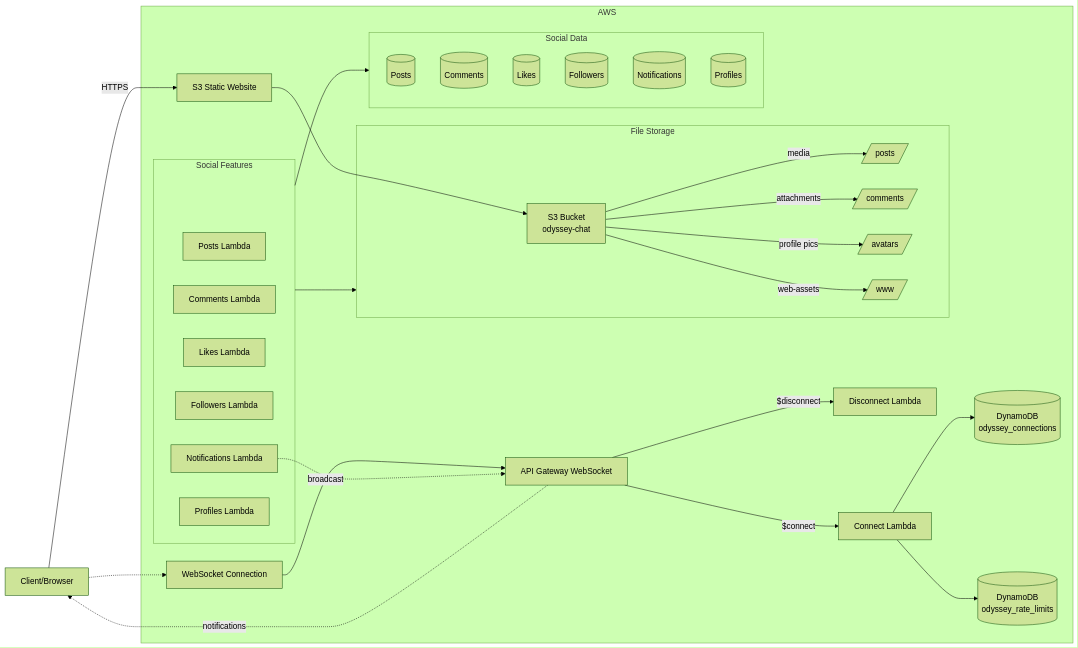
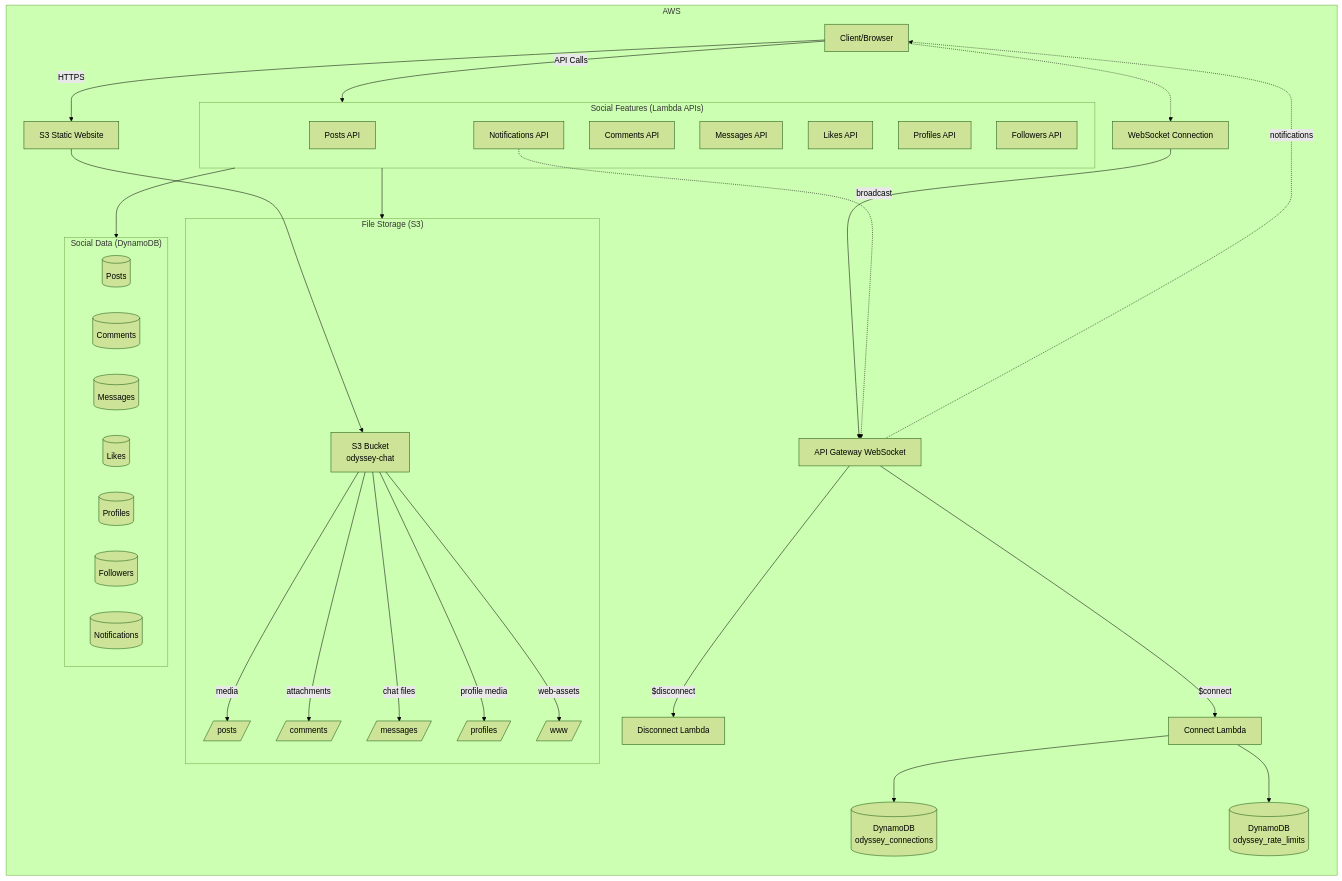
Before and after one commit to lmcrean/odyssey-v2: the diagram in docs/diagrams/api_architecture.md, drawn with Mermaid (forest theme).

Commit message:
docs(diagrams): Update API architecture diagram for improved clarity and detail
- Revised the API architecture diagram to enhance clarity, including updated labels for file storage and social features.
- Changed subgraph titles to reflect specific functionalities, such as "File Storage (S3)" and "Social Features (Lambda APIs)".
- Added missing components and connections, ensuring a comprehensive representation of the system's architecture.
- Improved visual structure to facilitate better understanding of interactions between AWS services and data models.

This update aims to provide clearer insights into the API's operational flow, supporting future development and documentation efforts.

````diff
--- a/docs/diagrams/api_architecture.md
+++ b/docs/diagrams/api_architecture.md
@@ -1,49 +1,54 @@
 ```mermaid
 graph LR
     Client[Client/Browser] -.-> WSConn[WebSocket Connection]
     Client --> |HTTPS| S3Web[S3 Static Website]
     
     subgraph AWS
         S3Web --> S3[S3 Bucket<br/>odyssey-chat]
         
-        subgraph FileStorage["File Storage"]
+        subgraph FileStorage["File Storage (S3)"]
             S3 --> |media| S3P[/posts/]
             S3 --> |attachments| S3C[/comments/]
-            S3 --> |profile pics| S3A[/avatars/]
+            S3 --> |chat files| S3M[/messages/]
+            S3 --> |profile media| S3A[/profiles/]
             S3 --> |web-assets| S3W[/www/]
         end
         
         WSConn --> APIGW[API Gateway WebSocket]
         
+        subgraph SocialFeatures["Social Features (Lambda APIs)"]
+            Lambda3[Posts API]
+            Lambda4[Comments API]
+            Lambda5[Messages API]
+            Lambda6[Likes API]
+            Lambda7[Profiles API]
+            Lambda8[Followers API]
+            Lambda9[Notifications API]
+        end
+        
+        subgraph SocialData["Social Data (DynamoDB)"]
+            DDB3[(Posts)]
+            DDB4[(Comments)]
+            DDB5[(Messages)]
+            DDB6[(Likes)]
+            DDB7[(Profiles)]
+            DDB8[(Followers)]
+            DDB9[(Notifications)]
+        end
+
+        %% Core WebSocket connections
         APIGW --> |$connect| Lambda1[Connect Lambda]
         APIGW --> |$disconnect| Lambda2[Disconnect Lambda]
-        
-        subgraph SocialFeatures["Social Features"]
-            Lambda3[Posts Lambda]
-            Lambda4[Comments Lambda]
-            Lambda5[Likes Lambda]
-            Lambda6[Followers Lambda]
-            Lambda7[Notifications Lambda]
-            Lambda8[Profiles Lambda]
-        end
-        
         Lambda1 --> DDB1[(DynamoDB<br/>odyssey_connections)]
         Lambda1 --> DDB2[(DynamoDB<br/>odyssey_rate_limits)]
-        
-        subgraph SocialData["Social Data"]
-            DDB3[(Posts)]
-            DDB4[(Comments)]
-            DDB5[(Likes)]
-            DDB6[(Followers)]
-            DDB7[(Notifications)]
-            DDB8[(Profiles)]
-        end
 
+        %% Feature flows
+        Client --> |API Calls| SocialFeatures
         SocialFeatures --> SocialData
         SocialFeatures --> FileStorage
         
-        Lambda7 -.-> |broadcast| APIGW
+        Lambda9 -.-> |broadcast| APIGW
     end
 
     APIGW -.-> |notifications| Client
 ```
````
